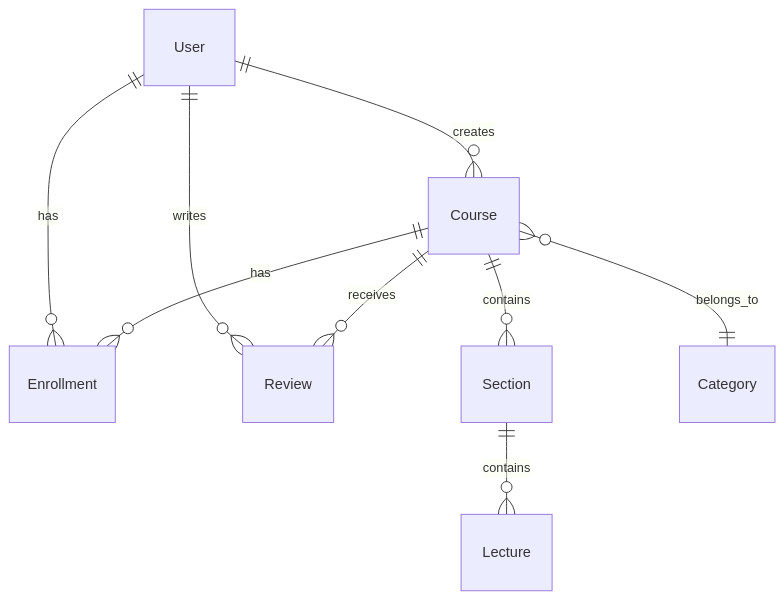
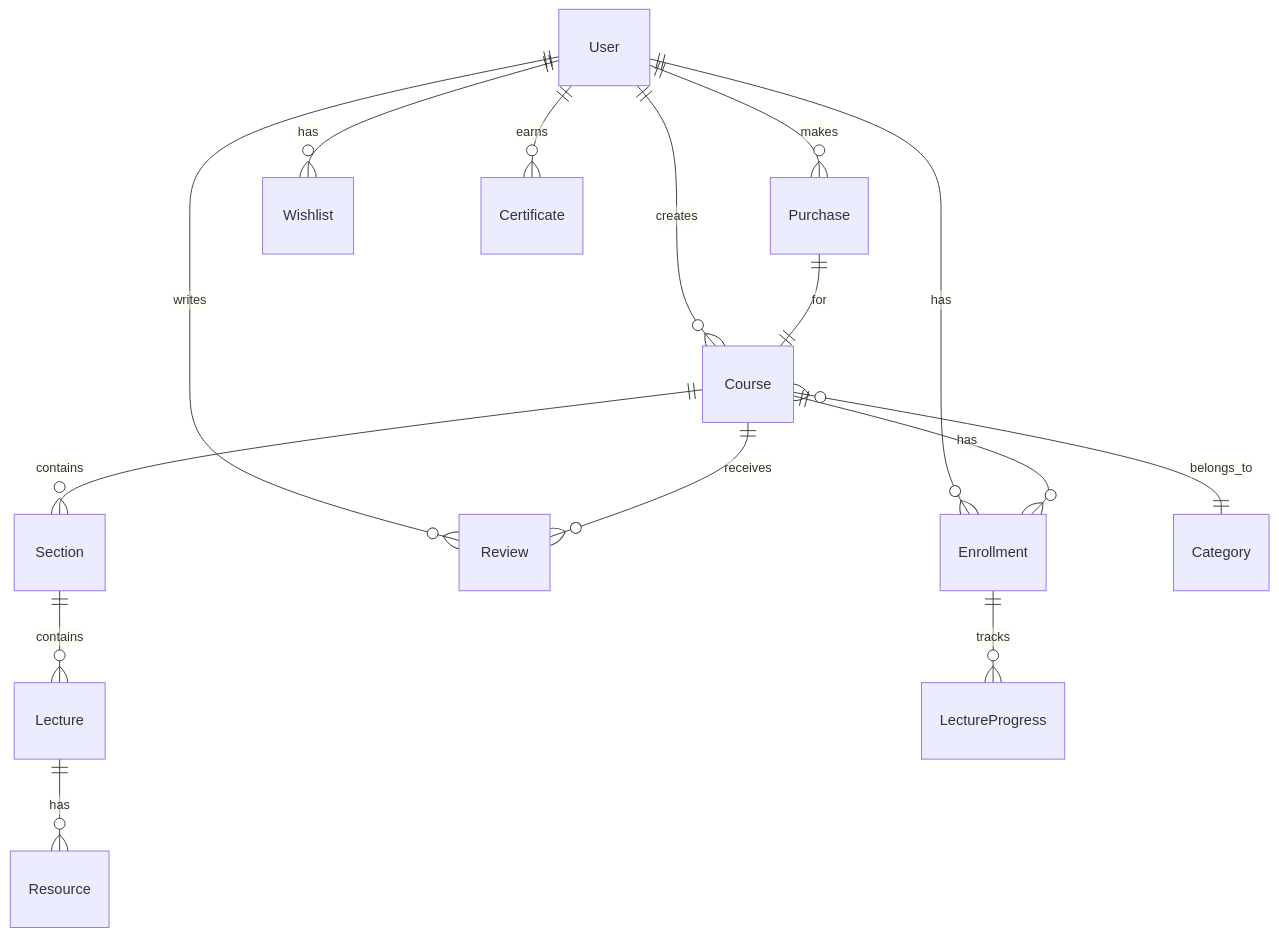
One commit to alfredang/learnify-childcare changed the diagram in README.md. Above: the diagram before and after it, drawn with Mermaid. The commit also changed other lines of this file and 1 other file, not shown here.

````diff
--- a/README.md
+++ b/README.md
@@ -349,11 +231,17 @@
 ```mermaid
 erDiagram
     User ||--o{ Course : creates
     User ||--o{ Enrollment : has
     User ||--o{ Review : writes
+    User ||--o{ Purchase : makes
+    User ||--o{ Wishlist : has
+    User ||--o{ Certificate : earns
     Course ||--o{ Section : contains
     Section ||--o{ Lecture : contains
+    Lecture ||--o{ Resource : has
     Course ||--o{ Enrollment : has
     Course ||--o{ Review : receives
     Course }o--|| Category : belongs_to
+    Enrollment ||--o{ LectureProgress : tracks
+    Purchase ||--|| Course : for
 ```
````
